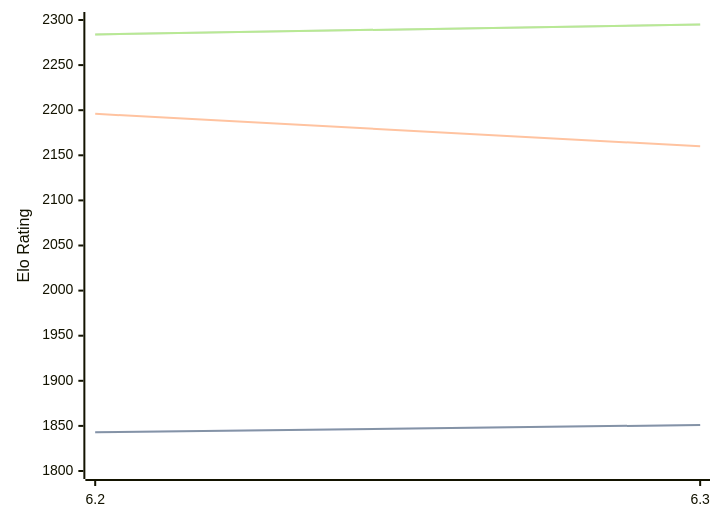
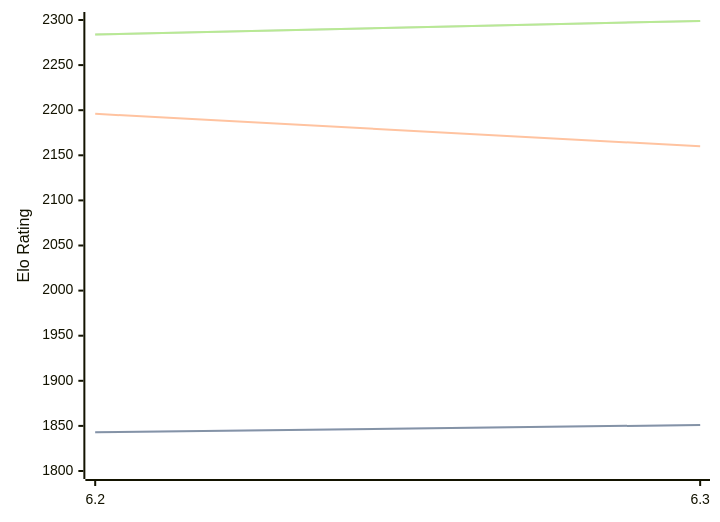
One commit to computer-chess-index/cci changed the diagram in engines/chess4j.md. Above: the diagram before and after it, drawn with Mermaid. The commit also changed other lines of this file, not shown here.

Commit message:
Update CCI Ratings (ELO VLTC) - 2026-07-23

````diff
--- a/engines/chess4j.md
+++ b/engines/chess4j.md
@@ -38,11 +38,11 @@
 ```mermaid
 %%{init: {"theme":"base","themeVariables":{"seriesColors:['#a3a3a3','#222221','#faa371']}}}%%
 xychart-beta
   x-axis ["6.2", "6.3"]
   y-axis "Elo Rating" 1800 --> 2300
   line "STC (8.0+0.08s)" [1843, 1851]
   line "STC (8.0+0.08s)" [1843, 1851]
   line "LTC (60.0+0.60s)" [2196, 2160]
-  line "VLTC (2m24s+1.12s)" [2284, 2295]
-  line "VLTC (2m24s+1.12s)" [2284, 2295]
+  line "VLTC (2m24s+1.12s)" [2284, 2299]
+  line "VLTC (2m24s+1.12s)" [2284, 2299]
 ```
````
